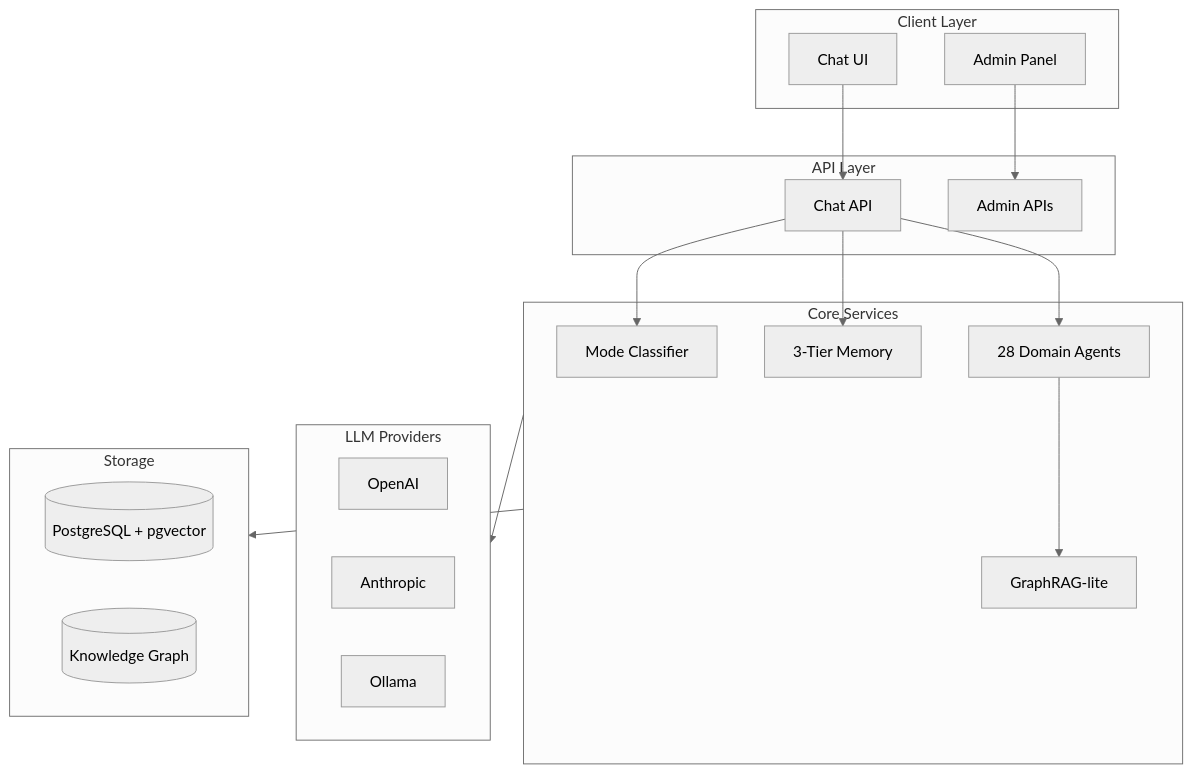
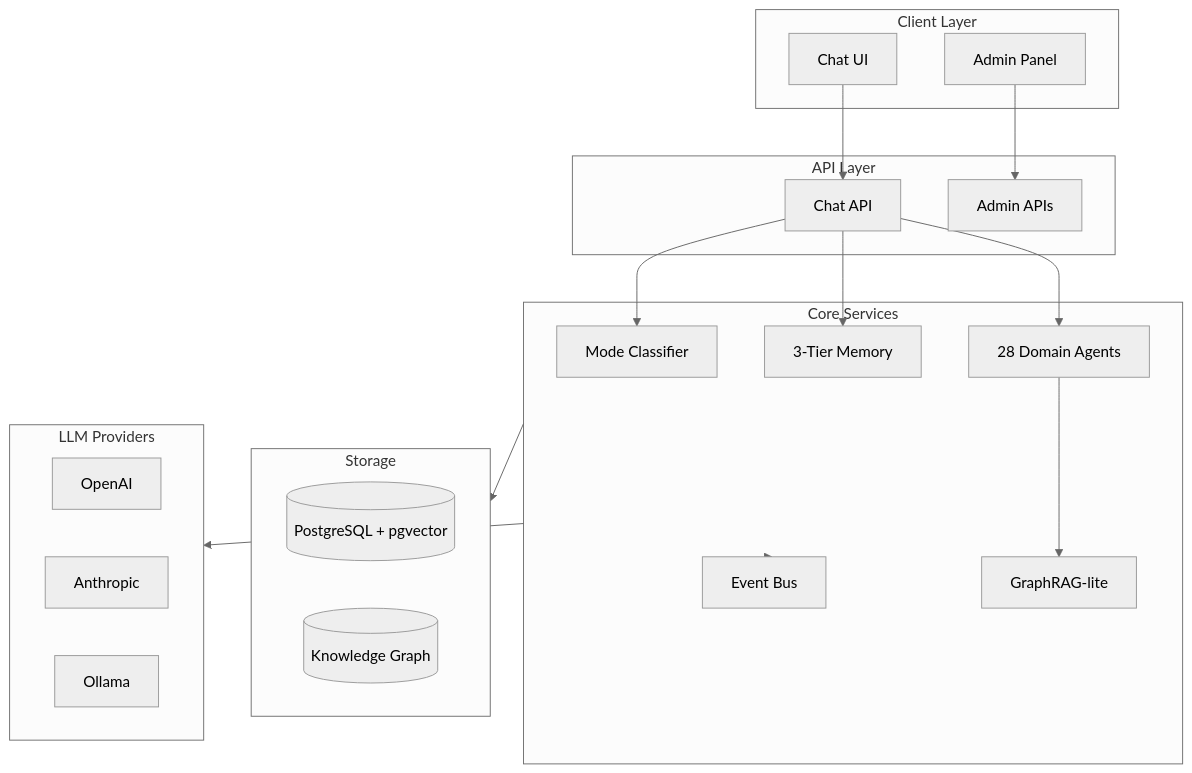
One commit to Brianletort/SemanticStudio changed the first of 2 diagrams in README.md. Above: the diagram before and after it, drawn with Mermaid (neutral theme). The commit also changed other lines of this file, not shown here.

````diff
--- a/README.md
+++ b/README.md
@@ -258,39 +406,41 @@
 ```mermaid
 flowchart TB
     subgraph Client[Client Layer]
         UI[Chat UI]
         Admin[Admin Panel]
     end
     
     subgraph API[API Layer]
         ChatAPI[Chat API]
         AdminAPI[Admin APIs]
     end
     
     subgraph Core[Core Services]
         ModeClassifier[Mode Classifier]
         MemorySystem[3-Tier Memory]
         DomainAgents[28 Domain Agents]
         GraphRAG[GraphRAG-lite]
+        EventBus[Event Bus]
     end
     
     subgraph LLM[LLM Providers]
         OpenAI[OpenAI]
         Anthropic[Anthropic]
         Ollama[Ollama]
     end
     
     subgraph Storage[Storage]
         PostgreSQL[(PostgreSQL + pgvector)]
         KnowledgeGraph[(Knowledge Graph)]
     end
     
     UI --> ChatAPI
     Admin --> AdminAPI
     ChatAPI --> ModeClassifier
     ChatAPI --> MemorySystem
     ChatAPI --> DomainAgents
     DomainAgents --> GraphRAG
     Core --> LLM
     Core --> Storage
+    Core --> EventBus
 ```
````
